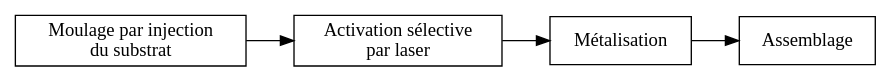
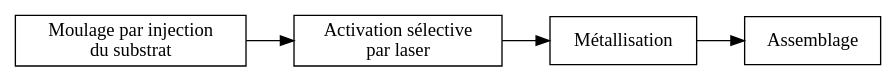
The diagram in images/lds_process.dot (antoinealb/seminaire-methodes-production), drawn with Graphviz before and after one commit. The commit also changed 1 other file, not shown here.

```diff
--- a/images/lds_process.dot
+++ b/images/lds_process.dot
@@ -1,11 +1,11 @@
 digraph mid_process {
     rankdir=LR;
     node [shape=box, label="Moulage par injection\n du substrat"] injection;
     node [shape=box, label="Activation sélective\n par laser"] activation;
-    node [shape=box, label="Métalisation"] metalisation;
+    node [shape=box, label="Métallisation"] metalisation;
     node [shape=box, label="Assemblage"] assemblage;
 
     injection->activation;
     activation->metalisation;
     metalisation->assemblage;
 }
```
